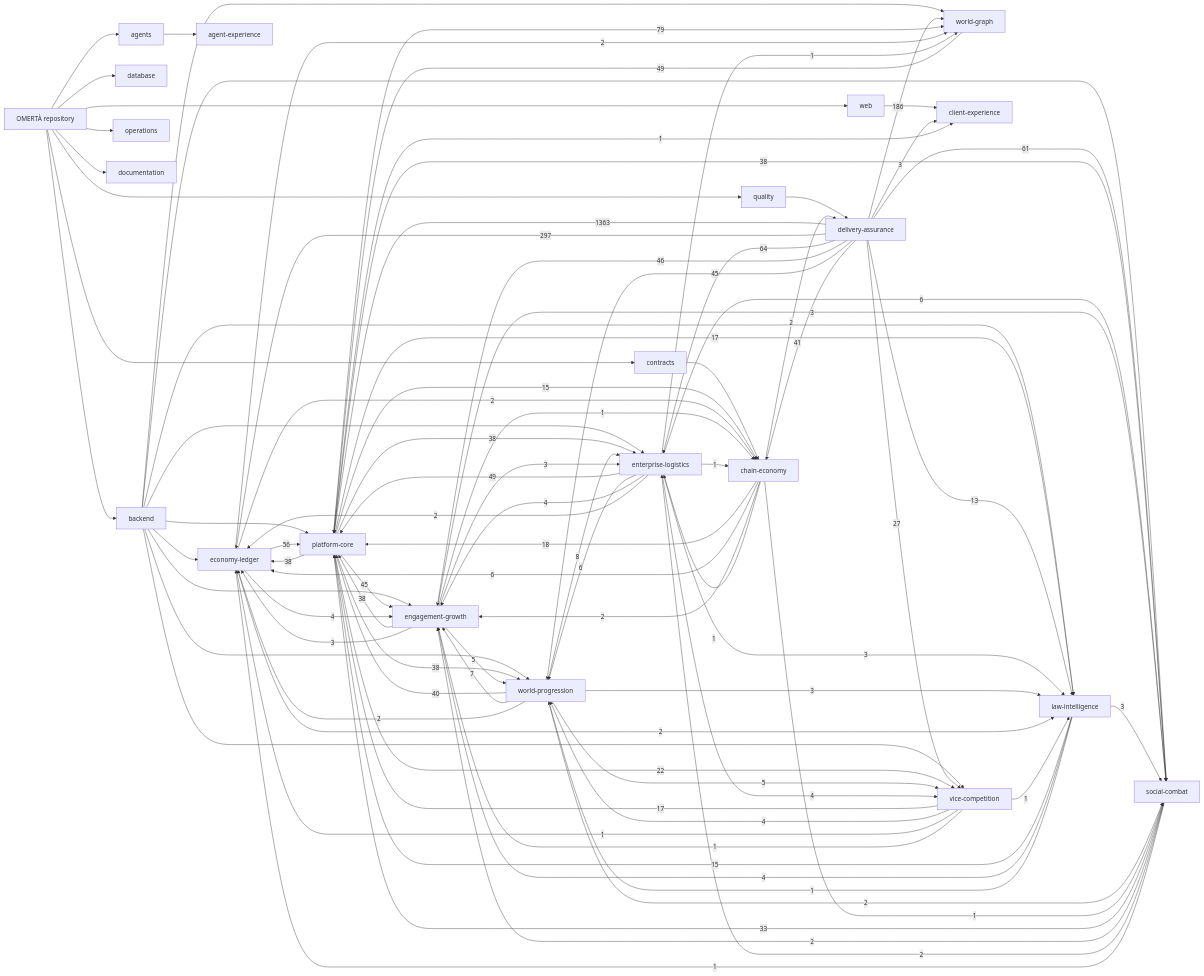
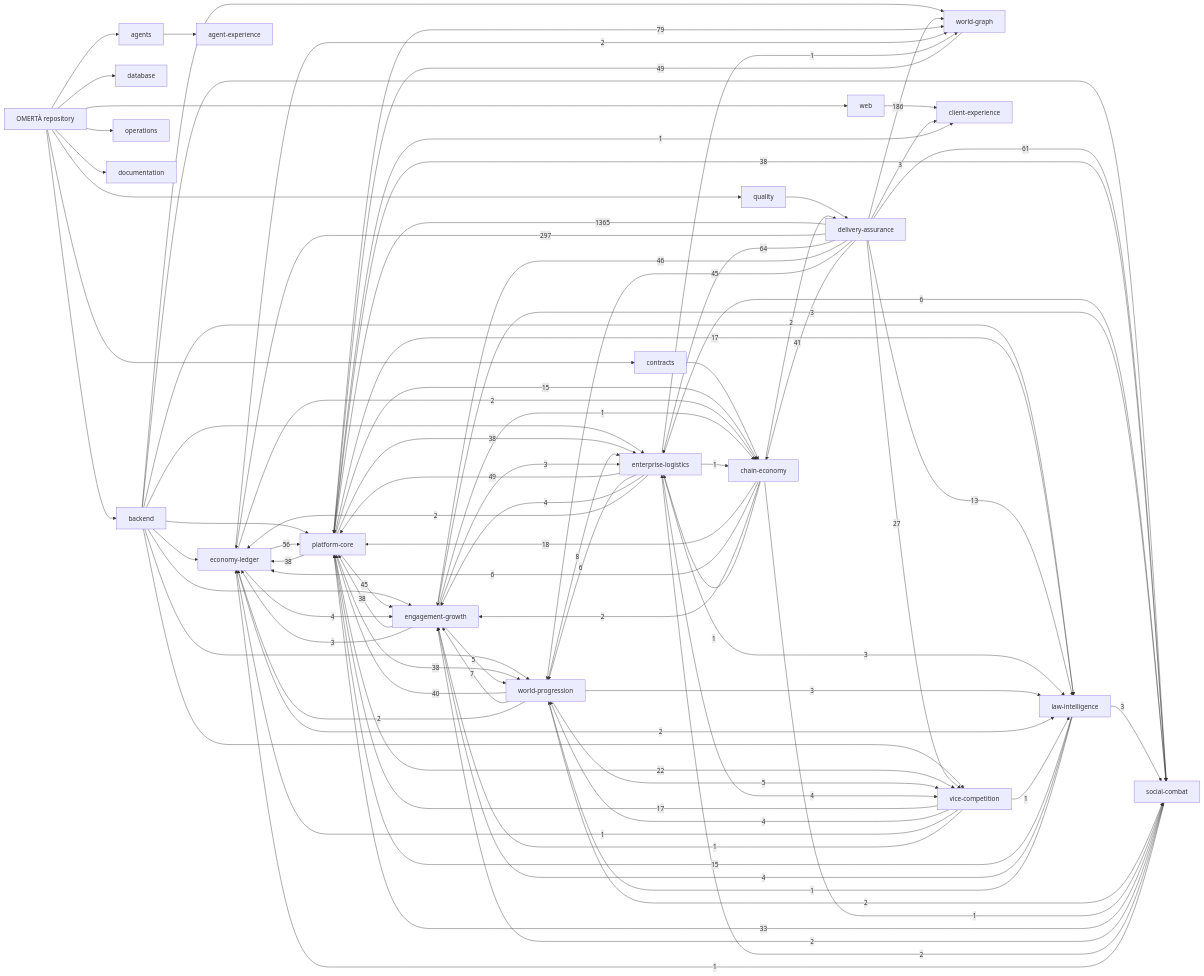
Before and after one commit to OmertaDev/Omerta: the diagram in knowledge/generated/graph.mmd, drawn with Mermaid. The commit also changed 5 other files, not shown here.

```diff
--- a/knowledge/generated/graph.mmd
+++ b/knowledge/generated/graph.mmd
@@ -1,112 +1,112 @@
 flowchart LR
   repo["OMERTÀ repository"]
   sub_backend["backend"]
   repo --> sub_backend
   sub_database["database"]
   repo --> sub_database
   sub_web["web"]
   repo --> sub_web
   sub_contracts["contracts"]
   repo --> sub_contracts
   sub_agents["agents"]
   repo --> sub_agents
   sub_quality["quality"]
   repo --> sub_quality
   sub_operations["operations"]
   repo --> sub_operations
   sub_documentation["documentation"]
   repo --> sub_documentation
   dom_platform-core["platform-core"]
   dom_economy-ledger["economy-ledger"]
   dom_social-combat["social-combat"]
   dom_world-progression["world-progression"]
   dom_world-graph["world-graph"]
   dom_enterprise-logistics["enterprise-logistics"]
   dom_vice-competition["vice-competition"]
   dom_law-intelligence["law-intelligence"]
   dom_chain-economy["chain-economy"]
   dom_engagement-growth["engagement-growth"]
   dom_client-experience["client-experience"]
   dom_agent-experience["agent-experience"]
   dom_delivery-assurance["delivery-assurance"]
   sub_agents --> dom_agent-experience
   sub_backend --> dom_economy-ledger
   sub_backend --> dom_engagement-growth
   sub_backend --> dom_enterprise-logistics
   sub_backend --> dom_law-intelligence
   sub_backend --> dom_platform-core
   sub_backend --> dom_social-combat
   sub_backend --> dom_vice-competition
   sub_backend --> dom_world-graph
   sub_backend --> dom_world-progression
   sub_contracts --> dom_chain-economy
   sub_quality --> dom_delivery-assurance
   sub_web --> dom_client-experience
-  dom_delivery-assurance -->|1363| dom_platform-core
+  dom_delivery-assurance -->|1365| dom_platform-core
   dom_delivery-assurance -->|297| dom_economy-ledger
   dom_delivery-assurance -->|186| dom_world-graph
   dom_platform-core -->|79| dom_world-graph
   dom_delivery-assurance -->|64| dom_enterprise-logistics
   dom_delivery-assurance -->|61| dom_social-combat
   dom_economy-ledger -->|56| dom_platform-core
   dom_enterprise-logistics -->|49| dom_platform-core
   dom_world-graph -->|49| dom_platform-core
   dom_delivery-assurance -->|46| dom_engagement-growth
   dom_delivery-assurance -->|45| dom_world-progression
   dom_platform-core -->|45| dom_engagement-growth
   dom_delivery-assurance -->|41| dom_chain-economy
   dom_world-progression -->|40| dom_platform-core
   dom_engagement-growth -->|38| dom_platform-core
   dom_platform-core -->|38| dom_economy-ledger
   dom_platform-core -->|38| dom_enterprise-logistics
   dom_platform-core -->|38| dom_social-combat
   dom_platform-core -->|38| dom_world-progression
   dom_social-combat -->|33| dom_platform-core
   dom_delivery-assurance -->|27| dom_vice-competition
   dom_platform-core -->|22| dom_vice-competition
   dom_chain-economy -->|18| dom_platform-core
   dom_platform-core -->|17| dom_law-intelligence
   dom_vice-competition -->|17| dom_platform-core
   dom_law-intelligence -->|15| dom_platform-core
   dom_platform-core -->|15| dom_chain-economy
   dom_delivery-assurance -->|13| dom_law-intelligence
   dom_world-progression -->|8| dom_enterprise-logistics
   dom_world-progression -->|7| dom_engagement-growth
   dom_chain-economy -->|6| dom_economy-ledger
   dom_enterprise-logistics -->|6| dom_social-combat
   dom_enterprise-logistics -->|6| dom_world-progression
   dom_engagement-growth -->|5| dom_world-progression
   dom_world-progression -->|5| dom_vice-competition
   dom_economy-ledger -->|4| dom_engagement-growth
   dom_enterprise-logistics -->|4| dom_engagement-growth
   dom_enterprise-logistics -->|4| dom_vice-competition
   dom_law-intelligence -->|4| dom_engagement-growth
   dom_vice-competition -->|4| dom_world-progression
   dom_delivery-assurance -->|3| dom_client-experience
   dom_engagement-growth -->|3| dom_economy-ledger
   dom_engagement-growth -->|3| dom_enterprise-logistics
   dom_engagement-growth -->|3| dom_social-combat
   dom_enterprise-logistics -->|3| dom_law-intelligence
   dom_law-intelligence -->|3| dom_social-combat
   dom_world-progression -->|3| dom_law-intelligence
   dom_chain-economy -->|2| dom_delivery-assurance
   dom_chain-economy -->|2| dom_engagement-growth
   dom_economy-ledger -->|2| dom_chain-economy
   dom_economy-ledger -->|2| dom_law-intelligence
   dom_economy-ledger -->|2| dom_world-graph
   dom_enterprise-logistics -->|2| dom_economy-ledger
   dom_social-combat -->|2| dom_engagement-growth
   dom_social-combat -->|2| dom_enterprise-logistics
   dom_world-progression -->|2| dom_economy-ledger
   dom_world-progression -->|2| dom_social-combat
   dom_chain-economy -->|1| dom_enterprise-logistics
   dom_chain-economy -->|1| dom_social-combat
   dom_engagement-growth -->|1| dom_chain-economy
   dom_enterprise-logistics -->|1| dom_chain-economy
   dom_enterprise-logistics -->|1| dom_world-graph
   dom_law-intelligence -->|1| dom_world-progression
   dom_platform-core -->|1| dom_client-experience
   dom_social-combat -->|1| dom_economy-ledger
   dom_vice-competition -->|1| dom_economy-ledger
   dom_vice-competition -->|1| dom_engagement-growth
   dom_vice-competition -->|1| dom_law-intelligence
```
